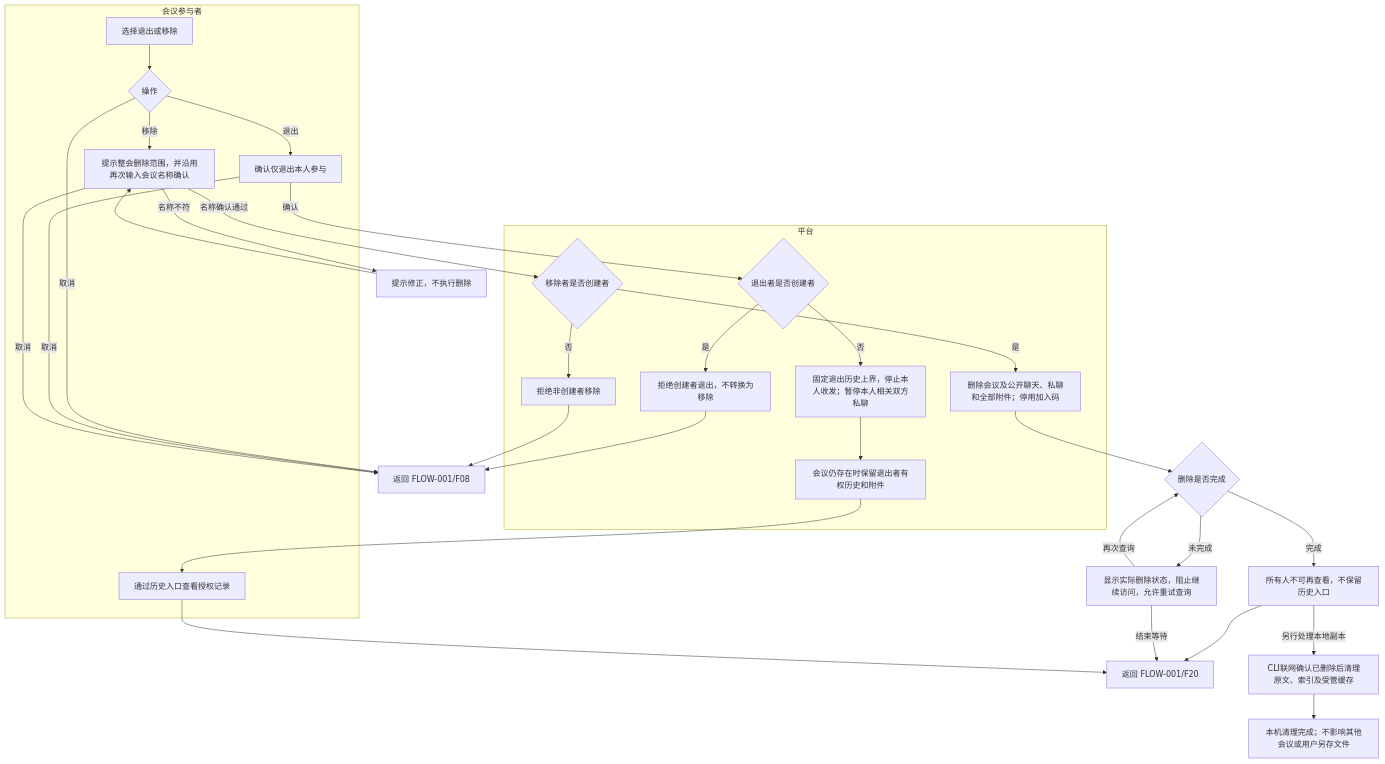
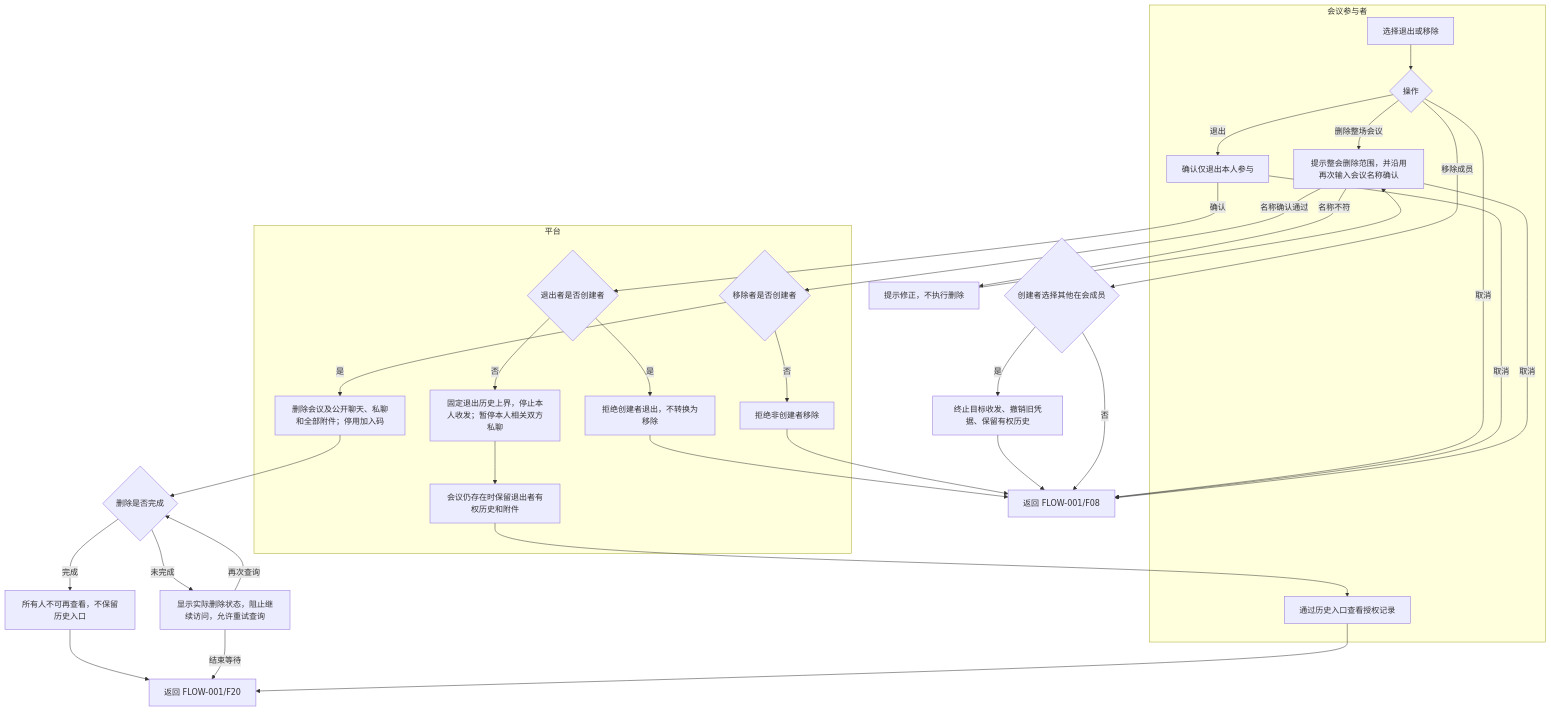
Before and after one commit to gudianbustu/RoundTableMeeting: the diagram in docs/需求分析/圆桌会议-FLOW-001-S02.mmd, drawn with Mermaid. The commit also changed 7 other files, not shown here.

```diff
--- a/docs/需求分析/圆桌会议-FLOW-001-S02.mmd
+++ b/docs/需求分析/圆桌会议-FLOW-001-S02.mmd
@@ -1,42 +1,40 @@
 flowchart TD
     %% FLOW-001-S02：所属FLOW-001/F14；输入为成员明确退出或创建者移除意图
     %% 输出：完成返回F20；拒绝/取消返回F08。断线不进入本流程。
     subgraph U["会议参与者"]
         L01["选择退出或移除"]
         L02{"操作"}
         L03["确认仅退出本人参与"]
         L04["提示整会删除范围，并沿用再次输入会议名称确认"]
         L11["通过历史入口查看授权记录"]
     end
     subgraph P["平台"]
         L05{"退出者是否创建者"}
         L06["拒绝创建者退出，不转换为移除"]
         L07["固定退出历史上界，停止本人收发；暂停本人相关双方私聊"]
         L08{"移除者是否创建者"}
         L09["拒绝非创建者移除"]
         L10["删除会议及公开聊天、私聊和全部附件；停用加入码"]
         L12["会议仍存在时保留退出者有权历史和附件"]
     end
     L01 --> L02
     L02 -->|退出| L03
-    L02 -->|移除| L04
+    L02 -->|删除整场会议| L04
     L02 -->|取消| L13["返回 FLOW-001/F08"]
     L03 -->|确认| L05
     L03 -->|取消| L13
     L04 -->|名称确认通过| L08
     L04 -->|名称不符| L16["提示修正，不执行删除"] --> L04
     L04 -->|取消| L13
     L05 -->|是| L06 --> L13
     L05 -->|否| L07 --> L12
     L08 -->|否| L09 --> L13
     L08 -->|是| L10 --> L18{"删除是否完成"}
     L18 -->|完成| L15["所有人不可再查看，不保留历史入口"] --> L14
     L18 -->|未完成| L19["显示实际删除状态，阻止继续访问，允许重试查询"]
     L19 -->|再次查询| L18
     L19 -->|结束等待| L14
     L12 --> L11 --> L14["返回 FLOW-001/F20"]
-
-    %% 离线CLI待联网确认后清理；用户另存文件及Agent已有上下文不保证收回。删除失败按真实状态反馈，不能伪称完成。
-
-    %% CLI清理独立于创建者删除操作完成，不等待离线客户端联网。
-    L15 -->|另行处理本地副本| L17["CLI联网确认已删除后清理原文、索引及受管缓存"] --> L20["本机清理完成；不影响其他会议或用户另存文件"]
+    L02 -->|移除成员| L20{"创建者选择其他在会成员"}
+    L20 -->|是| L21["终止目标收发、撤销旧凭据、保留有权历史"] --> L13
+    L20 -->|否| L13
```
